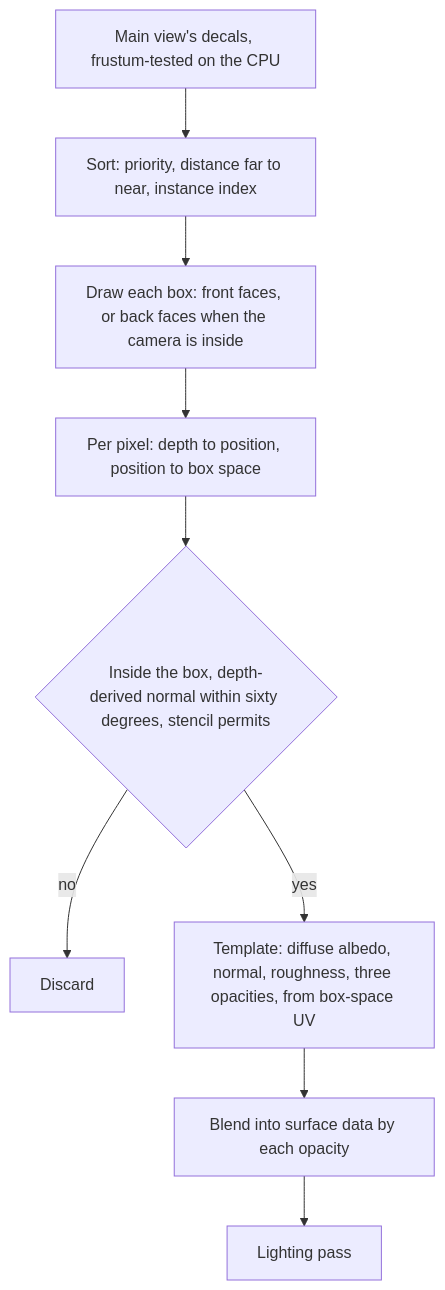
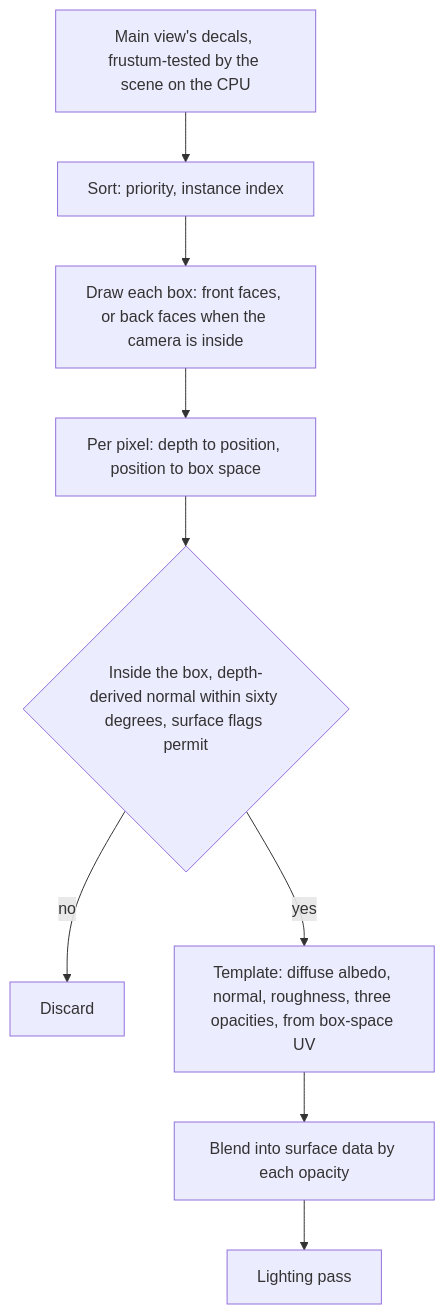
Before and after one commit to plainsight-systems/bullet-witch: the second of 2 diagrams in docs/architecture/decals.md, drawn with Mermaid. The commit also changed other lines of this file and 12 other files, not shown here.

````diff
--- a/docs/architecture/decals.md
+++ b/docs/architecture/decals.md
@@ -69,11 +73,11 @@
 ```mermaid
 flowchart TD
-    R["Main view's decals, frustum-tested on the CPU"] --> S["Sort: priority, distance far to near, instance index"]
+    R["Main view's decals, frustum-tested by the scene on the CPU"] --> S["Sort: priority, instance index"]
     S --> D["Draw each box: front faces, or back faces when the camera is inside"]
     D --> P["Per pixel: depth to position, position to box space"]
-    P --> C{"Inside the box, depth-derived normal within sixty degrees, stencil permits"}
+    P --> C{"Inside the box, depth-derived normal within sixty degrees, surface flags permit"}
     C -- no --> X["Discard"]
     C -- yes --> T["Template: diffuse albedo, normal, roughness, three opacities, from box-space UV"]
     T --> B["Blend into surface data by each opacity"]
     B --> LP["Lighting pass"]
 ```
````
